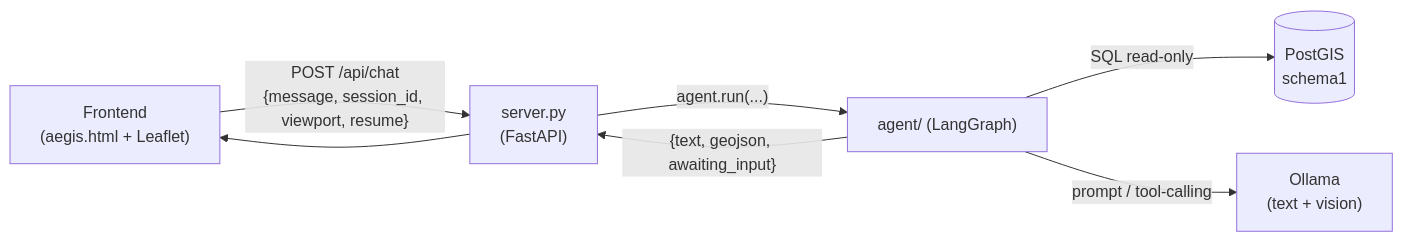
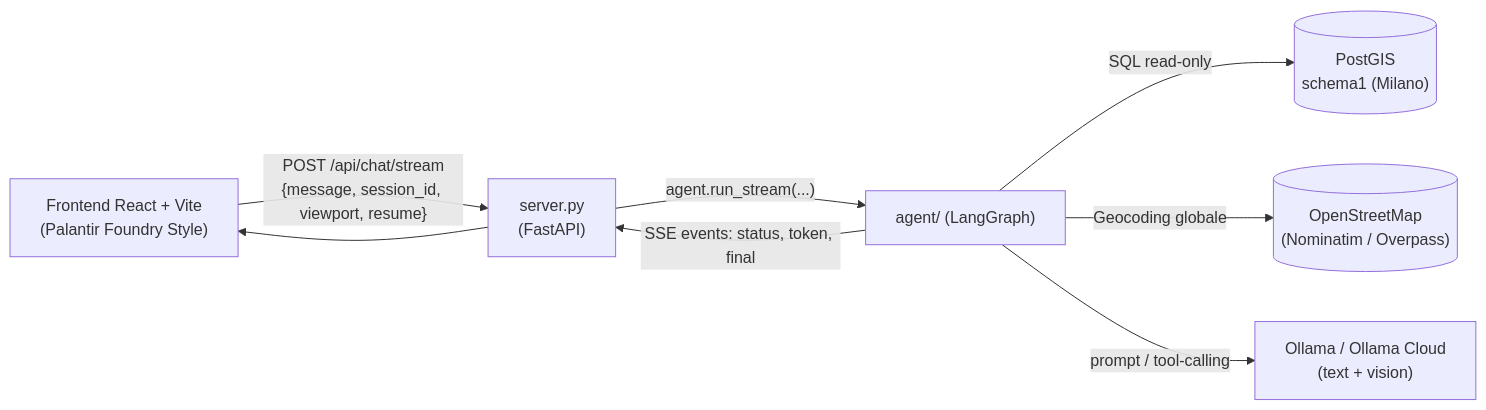
Before and after one commit to simorina/A.E.G.I.S.: the first of 3 diagrams in arch.md, drawn with Mermaid. The commit also changed other lines of this file and 66 other files, not shown here.

````diff
--- a/arch.md
+++ b/arch.md
@@ -19,9 +45,10 @@
 ```mermaid
 flowchart LR
-    UI["Frontend<br/>(aegis.html + Leaflet)"] -->|"POST /api/chat<br/>{message, session_id, viewport, resume}"| API["server.py<br/>(FastAPI)"]
-    API -->|"agent.run(...)"| AG["agent/ (LangGraph)"]
-    AG -->|"SQL read-only"| DB[("PostGIS<br/>schema1")]
-    AG -->|"prompt / tool-calling"| LLM["Ollama<br/>(text + vision)"]
-    AG -->|"{text, geojson, awaiting_input}"| API
+    UI["Frontend React + Vite<br/>(Palantir Foundry Style)"] -->|"POST /api/chat/stream<br/>{message, session_id, viewport, resume}"| API["server.py<br/>(FastAPI)"]
+    API -->|"agent.run_stream(...)"| AG["agent/ (LangGraph)"]
+    AG -->|"SQL read-only"| DB[("PostGIS<br/>schema1 (Milano)")]
+    AG -->|"Geocoding globale"| OSM[("OpenStreetMap<br/>(Nominatim / Overpass)")]
+    AG -->|"prompt / tool-calling"| LLM["Ollama / Ollama Cloud<br/>(text + vision)"]
+    AG -->|"SSE events: status, token, final"| API
     API --> UI
 ```
````
